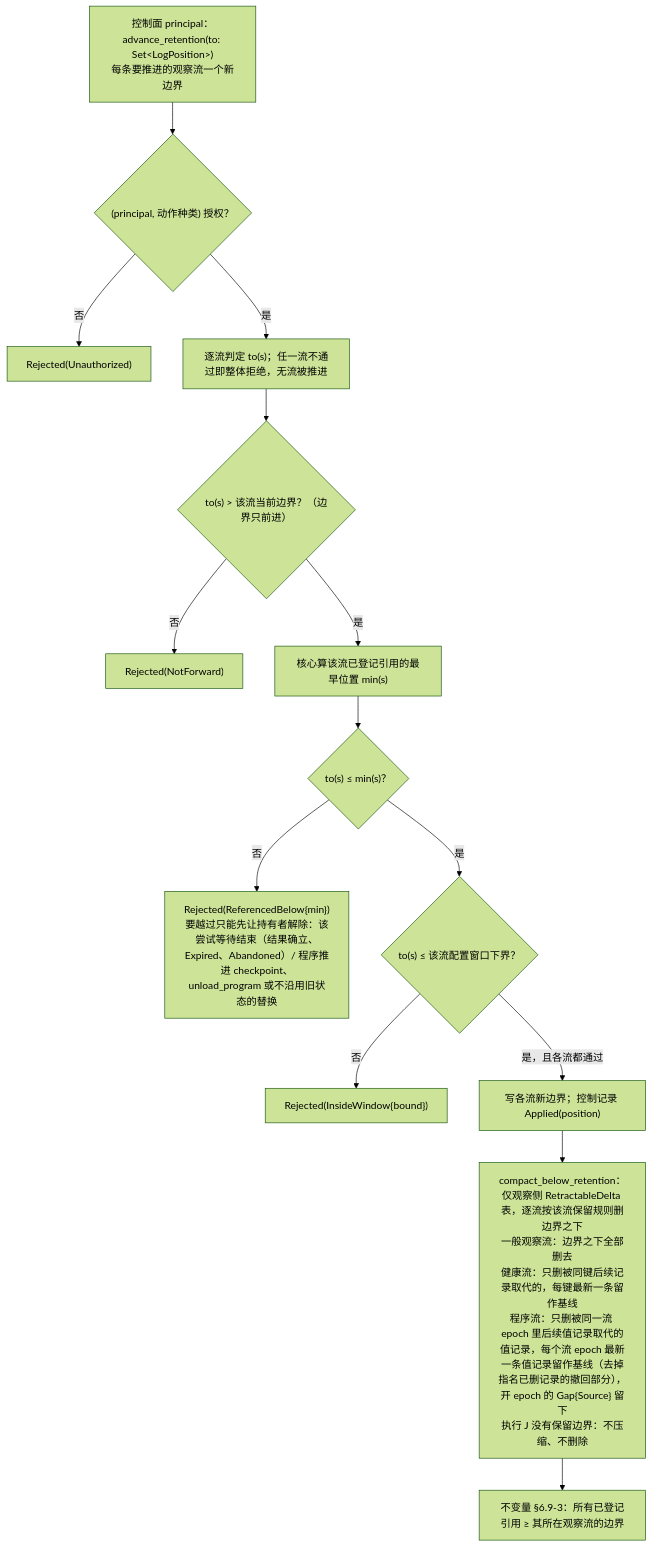
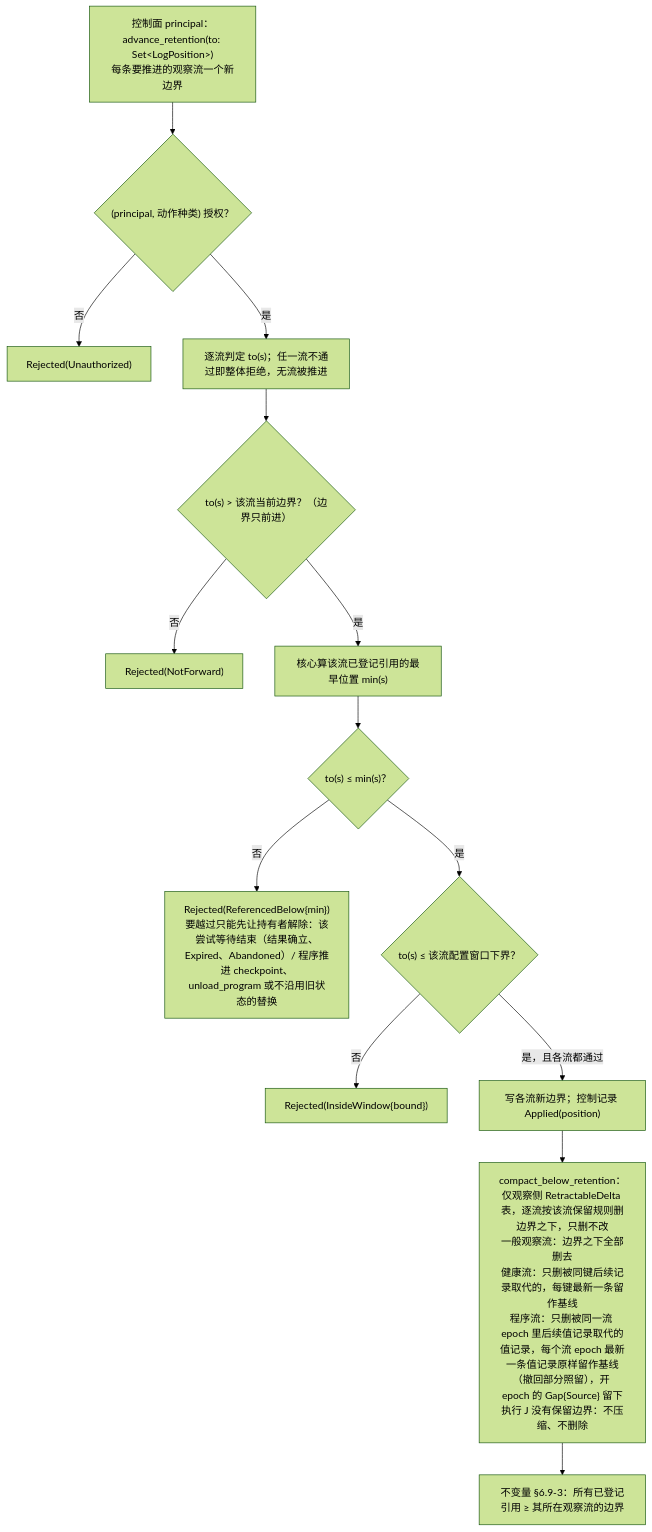
Before and after one commit to mouriya-s-lab/uta: the second of 3 diagrams in design/diagrams/08-retention-and-references.md, drawn with Mermaid (forest theme). The commit also changed other lines of this file and 15 other files, not shown here.

````diff
--- a/design/diagrams/08-retention-and-references.md
+++ b/design/diagrams/08-retention-and-references.md
@@ -47,16 +47,16 @@
 ```mermaid
 flowchart TB
   OP["控制面 principal：advance_retention(to: Set&lt;LogPosition&gt;)<br/>每条要推进的观察流一个新边界"] --> AUTH{"(principal, 动作种类) 授权？"}
   AUTH -->|"否"| U["Rejected(Unauthorized)"]
   AUTH -->|"是"| EACH["逐流判定 to(s)；任一流不通过即整体拒绝，无流被推进"]
   EACH --> MONO{"to(s) > 该流当前边界？（边界只前进）"}
   MONO -->|"否"| RJ0["Rejected(NotForward)"]
   MONO -->|"是"| MIN["核心算该流已登记引用的最早位置 min(s)"]
   MIN --> CMP{"to(s) ≤ min(s)？"}
   CMP -->|"否"| RJ["Rejected(ReferencedBelow{min})<br/>要越过只能先让持有者解除：该尝试等待结束（结果确立、Expired、Abandoned）/ 程序推进 checkpoint、unload_program 或不沿用旧状态的替换"]
   CMP -->|"是"| WIN{"to(s) ≤ 该流配置窗口下界？"}
   WIN -->|"否"| RJ2["Rejected(InsideWindow{bound})"]
   WIN -->|"是，且各流都通过"| APPLY["写各流新边界；控制记录 Applied(position)"]
-  APPLY --> COMPACT["compact_below_retention：仅观察侧 RetractableDelta 表，逐流按该流保留规则删边界之下<br/>一般观察流：边界之下全部删去<br/>健康流：只删被同键后续记录取代的，每键最新一条留作基线<br/>程序流：只删被同一流 epoch 里后续值记录取代的值记录，每个流 epoch 最新一条值记录留作基线（去掉指名已删记录的撤回部分），开 epoch 的 Gap{Source} 留下<br/>执行 J 没有保留边界：不压缩、不删除"]
+  APPLY --> COMPACT["compact_below_retention：仅观察侧 RetractableDelta 表，逐流按该流保留规则删边界之下，只删不改<br/>一般观察流：边界之下全部删去<br/>健康流：只删被同键后续记录取代的，每键最新一条留作基线<br/>程序流：只删被同一流 epoch 里后续值记录取代的值记录，每个流 epoch 最新一条值记录原样留作基线（撤回部分照留），开 epoch 的 Gap{Source} 留下<br/>执行 J 没有保留边界：不压缩、不删除"]
   COMPACT --> INV["不变量 §6.9-3：所有已登记引用 ≥ 其所在观察流的边界"]
 ```
````
